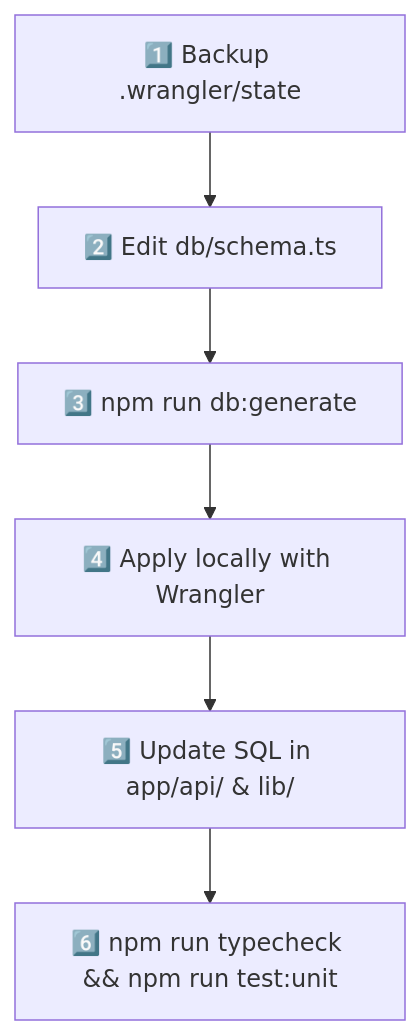
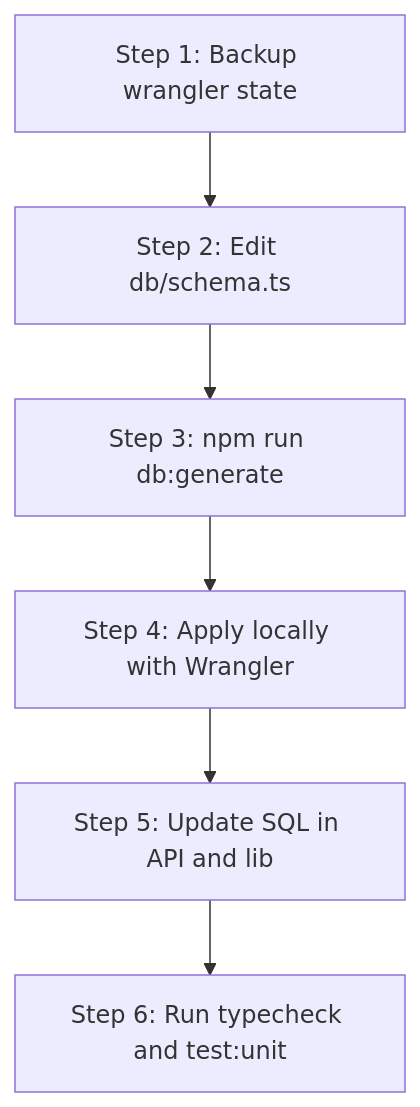
One commit to akazad13/pocket changed the second of 2 diagrams in docs/DATA_MODEL.md. Above: the diagram before and after it, drawn with Mermaid. The commit also changed other lines of this file and 4 other files, not shown here.

Commit message:
fix(docs): resolve Mermaid parser syntax errors across documentation

````diff
--- a/docs/DATA_MODEL.md
+++ b/docs/DATA_MODEL.md
@@ -333,8 +333,8 @@
 ```mermaid
 flowchart TD
-    B["1️⃣ Backup .wrangler/state"] --> S["2️⃣ Edit db/schema.ts"]
-    S --> G["3️⃣ npm run db:generate"]
-    G --> A["4️⃣ Apply locally with Wrangler"]
-    A --> Q["5️⃣ Update SQL in app/api/ & lib/"]
-    Q --> V["6️⃣ npm run typecheck && npm run test:unit"]
+    B["Step 1: Backup wrangler state"] --> S["Step 2: Edit db/schema.ts"]
+    S --> G["Step 3: npm run db:generate"]
+    G --> A["Step 4: Apply locally with Wrangler"]
+    A --> Q["Step 5: Update SQL in API and lib"]
+    Q --> V["Step 6: Run typecheck and test:unit"]
 ```
````
